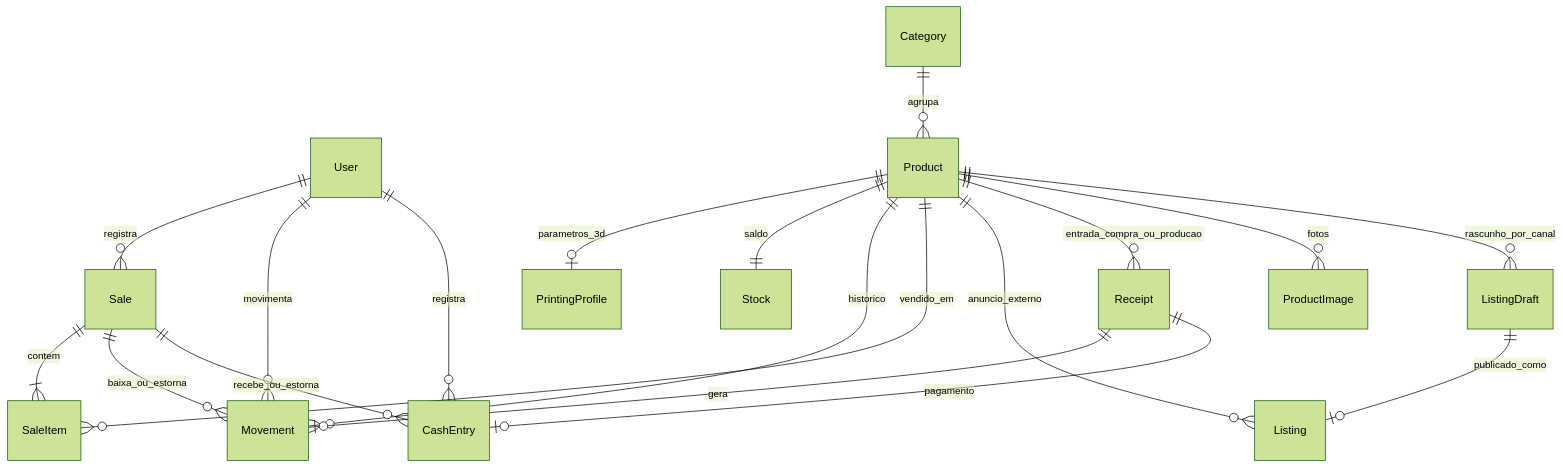
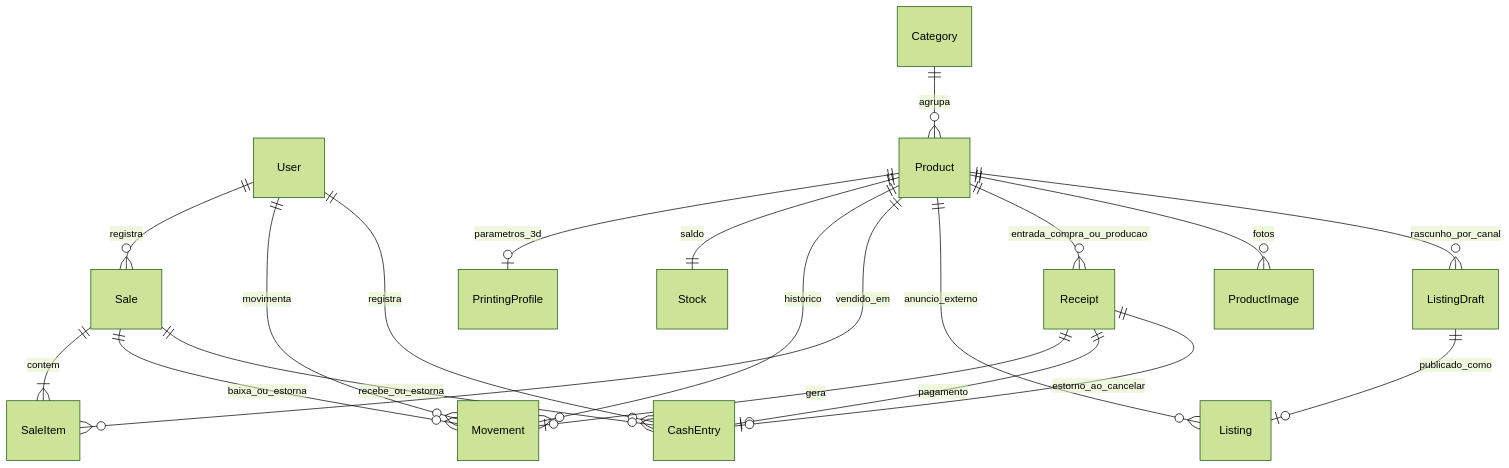
Before and after one commit to jpjamal/jalapao-store: the second of 2 diagrams in docs/architecture.md, drawn with Mermaid (forest theme). The commit also changed 20 other files, not shown here.

````diff
--- a/docs/architecture.md
+++ b/docs/architecture.md
@@ -30,21 +30,22 @@
 ```mermaid
 erDiagram
   User ||--o{ Sale : registra
   User ||--o{ Movement : movimenta
   User ||--o{ CashEntry : registra
   Category ||--o{ Product : agrupa
   Product ||--o| PrintingProfile : parametros_3d
   Product ||--|| Stock : saldo
   Product ||--o{ Movement : historico
   Product ||--o{ SaleItem : vendido_em
   Product ||--o{ Listing : anuncio_externo
   Sale ||--|{ SaleItem : contem
   Sale ||--o{ Movement : baixa_ou_estorna
   Sale ||--o{ CashEntry : recebe_ou_estorna
   Product ||--o{ Receipt : entrada_compra_ou_producao
   Receipt ||--o| Movement : gera
   Receipt ||--o| CashEntry : pagamento
+  Receipt ||--o| CashEntry : estorno_ao_cancelar
   Product ||--o{ ProductImage : fotos
   Product ||--o{ ListingDraft : rascunho_por_canal
   ListingDraft ||--o| Listing : publicado_como
 ```
````
